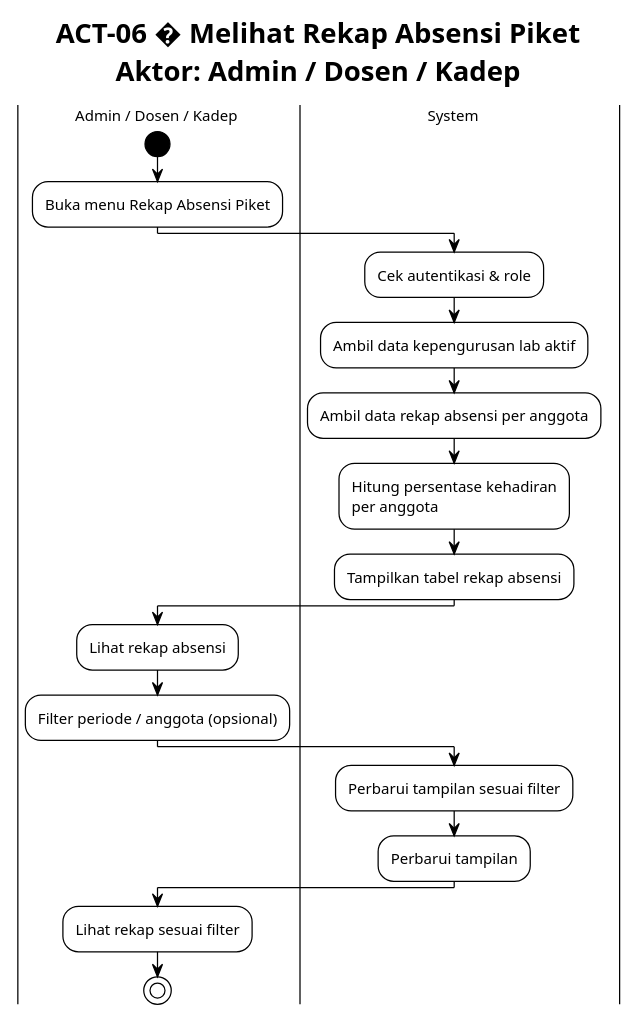
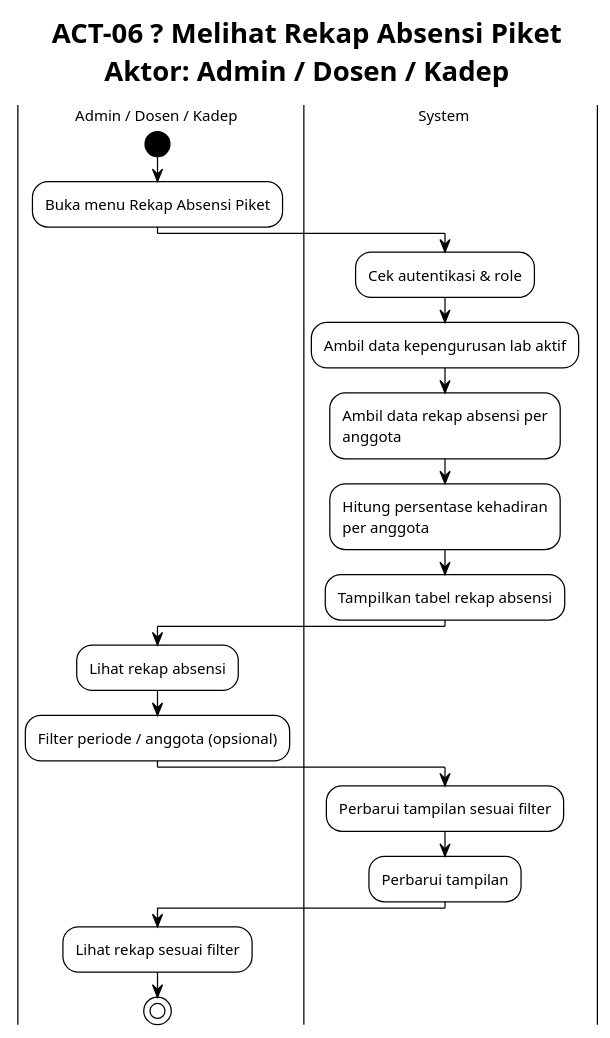
Before and after one commit to Habiboys/SILAB-DSI: the diagram in docs/piket/activity/ACT_06_MELIHAT_REKAP_ABSENSI.puml, drawn with PlantUML. The commit also changed 313 other files, not shown here.

```diff
--- a/docs/piket/activity/ACT_06_MELIHAT_REKAP_ABSENSI.puml
+++ b/docs/piket/activity/ACT_06_MELIHAT_REKAP_ABSENSI.puml
@@ -1,35 +1,39 @@
 @startuml ACT_06_MELIHAT_REKAP_ABSENSI
 !theme plain
+!pragma useVerticalIf on
+scale max 1600 width
+skinparam wrapWidth 200
+
 skinparam defaultFontSize 12
 skinparam swimlaneWidth 220
 skinparam ActivityStartColor black
 skinparam ActivityEndColor black
-title ACT-06 � Melihat Rekap Absensi Piket\nAktor: Admin / Dosen / Kadep
+title ACT-06 ? Melihat Rekap Absensi Piket\nAktor: Admin / Dosen / Kadep
 
 |Admin / Dosen / Kadep|
 |System|
 
 |Admin / Dosen / Kadep|
 start
 :Buka menu Rekap Absensi Piket;
 
 |System|
 :Cek autentikasi & role;
 :Ambil data kepengurusan lab aktif;
 :Ambil data rekap absensi per anggota;
 :Hitung persentase kehadiran\nper anggota;
 :Tampilkan tabel rekap absensi;
 
 |Admin / Dosen / Kadep|
 :Lihat rekap absensi;
 :Filter periode / anggota (opsional);
 
 |System|
 :Perbarui tampilan sesuai filter;
 :Perbarui tampilan;
 
 |Admin / Dosen / Kadep|
 :Lihat rekap sesuai filter;
 
 stop
 @enduml
```
